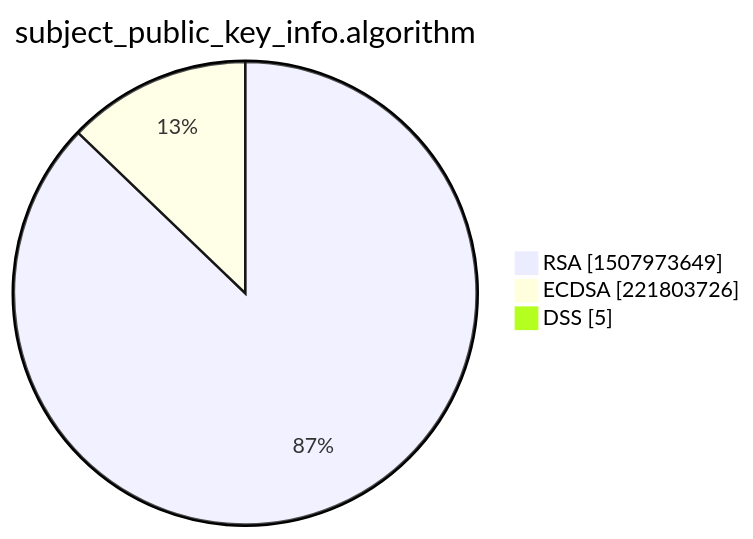
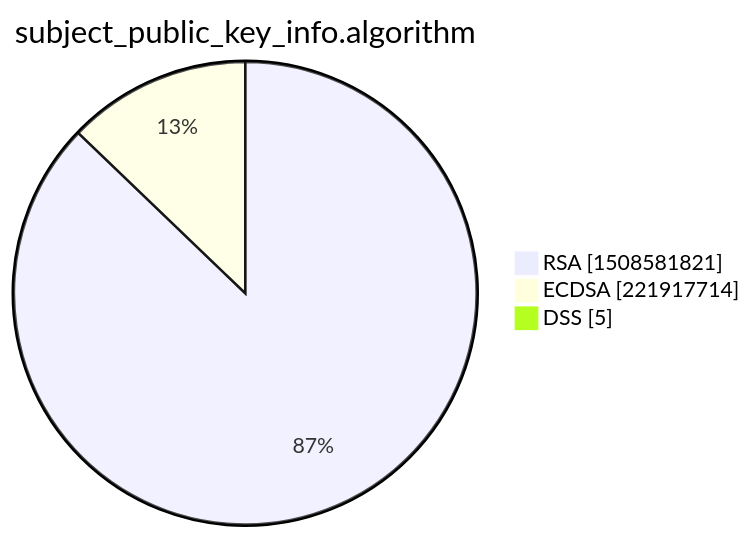
Before and after one commit to christiankrug/ctmonitor_visualization: the third of 15 diagrams in xenon2022/README.md, drawn with Mermaid. The commit also changed other lines of this file, not shown here.

````diff
--- a/xenon2022/README.md
+++ b/xenon2022/README.md
@@ -14,7 +14,7 @@
 ```mermaid
 pie showData
 title subject_public_key_info.algorithm
-"RSA" :1507973649
-"ECDSA" :221803726
+"RSA" :1508581821
+"ECDSA" :221917714
 "DSS" :5
 ```
````
